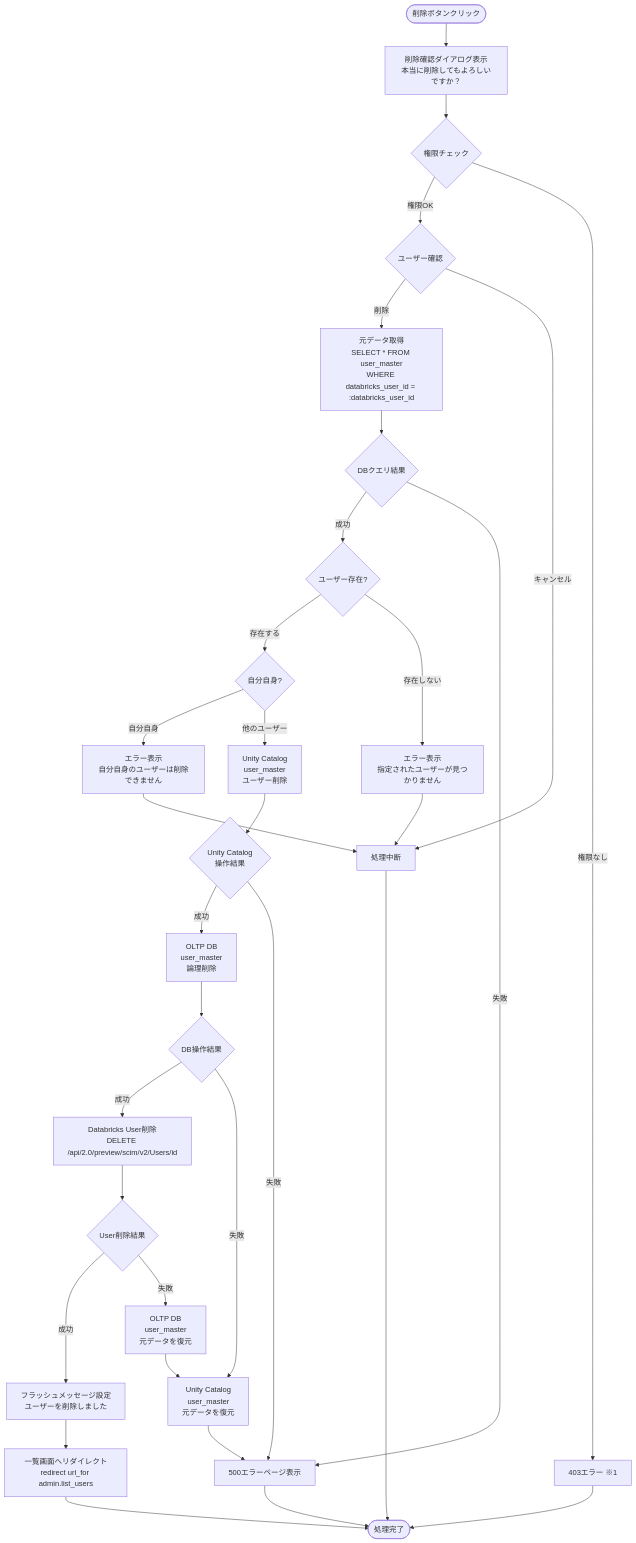
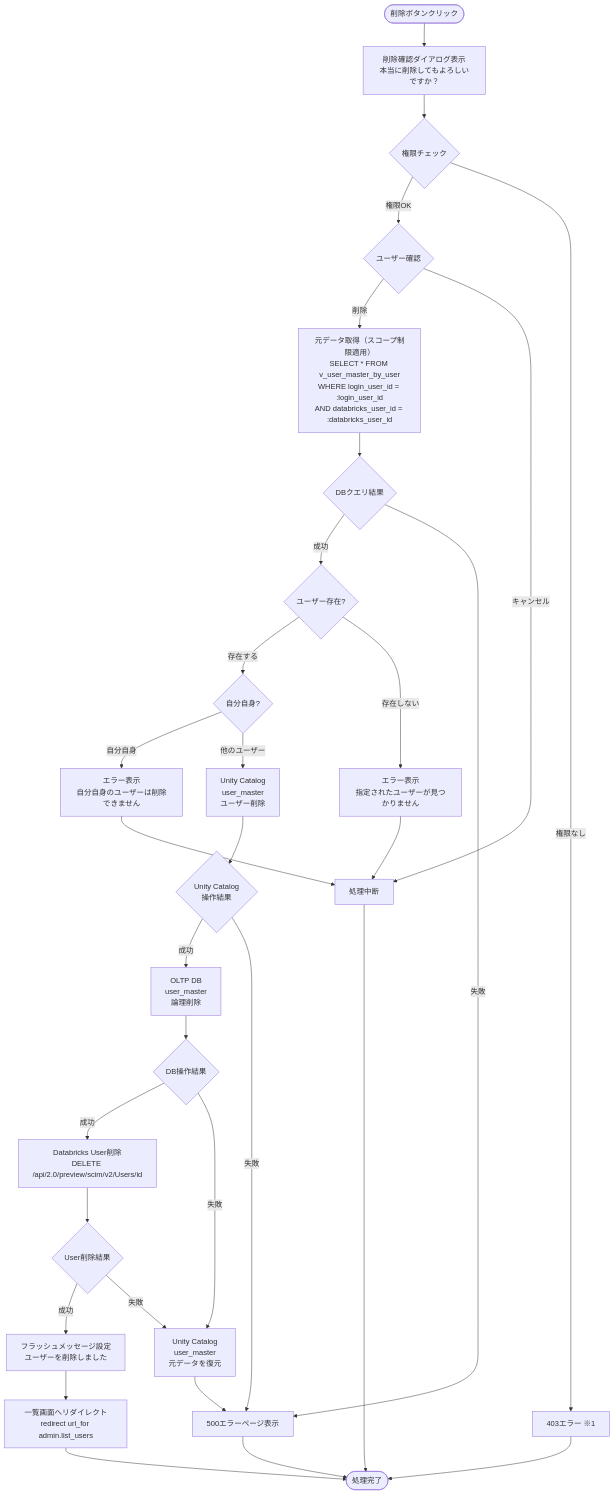
The eighth of 8 diagrams in docs/03-features/flask-app/users/workflow-specification.md (NSW-SVCP-AIWG002/Databricks-IoT), drawn with Mermaid before and after one commit. The commit also changed other lines of this file and 139 other files, not shown here.

````diff
--- a/docs/03-features/flask-app/users/workflow-specification.md
+++ b/docs/03-features/flask-app/users/workflow-specification.md
@@ -1633,48 +1458,47 @@
 ```mermaid
 flowchart TD
     Start([削除ボタンクリック]) --> Confirm[削除確認ダイアログ表示<br>本当に削除してもよろしいですか？]
     Confirm --> CheckAuth{権限チェック}
 
     CheckAuth -->|権限OK| ConfirmResult{ユーザー確認}
     CheckAuth -->|権限なし| Error403[403エラー ※1]
 
-    ConfirmResult -->|削除| GetOriginal[元データ取得<br>SELECT * FROM user_master<br>WHERE databricks_user_id = :databricks_user_id]
+    ConfirmResult -->|削除| GetOriginal[元データ取得（スコープ制限適用）<br>SELECT * FROM v_user_master_by_user<br>WHERE login_user_id = :login_user_id<br>AND databricks_user_id = :databricks_user_id]
     ConfirmResult -->|キャンセル| ValidEnd[処理中断]
 
     GetOriginal --> CheckDB1{DBクエリ結果}
 
     CheckDB1 -->|成功| CheckResult1{ユーザー存在?}
     CheckDB1 -->|失敗| Error500[500エラーページ表示]
 
     CheckResult1 -->|存在する| CheckSelf{自分自身?}
     CheckResult1 -->|存在しない| NotFoundError[エラー表示<br>指定されたユーザーが見つかりません]
     NotFoundError --> ValidEnd
 
     CheckSelf -->|自分自身| SelfDeleteError[エラー表示<br>自分自身のユーザーは削除できません]
     SelfDeleteError --> ValidEnd
 
     CheckSelf -->|他のユーザー| DeleteUC[Unity Catalog<br>user_master<br>ユーザー削除]
     DeleteUC --> CheckUC{Unity Catalog<br>操作結果}
 
     CheckUC -->|成功| DeleteDBMstr[OLTP DB<br>user_master<br>論理削除]
     CheckUC -->|失敗| Error500
 
     DeleteDBMstr --> CheckDBMstr{DB操作結果}
 
     CheckDBMstr -->|成功| DeleteDbxUser[Databricks User削除<br>DELETE /api/2.0/preview/scim/v2/Users/id]
     CheckDBMstr -->|失敗| RollbackUC[Unity Catalog<br>user_master<br>元データを復元]
     RollbackUC --> Error500
 
     DeleteDbxUser --> DeleteDbxUserResult{User削除結果}
 
     DeleteDbxUserResult -->|成功| Flash[フラッシュメッセージ設定<br>ユーザーを削除しました]
-    DeleteDbxUserResult -->|失敗| RollbackDBMstr[OLTP DB<br>user_master<br>元データを復元]
-    RollbackDBMstr --> RollbackUC
+    DeleteDbxUserResult -->|失敗| RollbackUC
 
     Flash --> Redirect[一覧画面へリダイレクト<br>redirect url_for admin.list_users]
     Redirect --> End([処理完了])
 
     ValidEnd --> End
     Error500 --> End
     Error403 --> End
 ```
````
